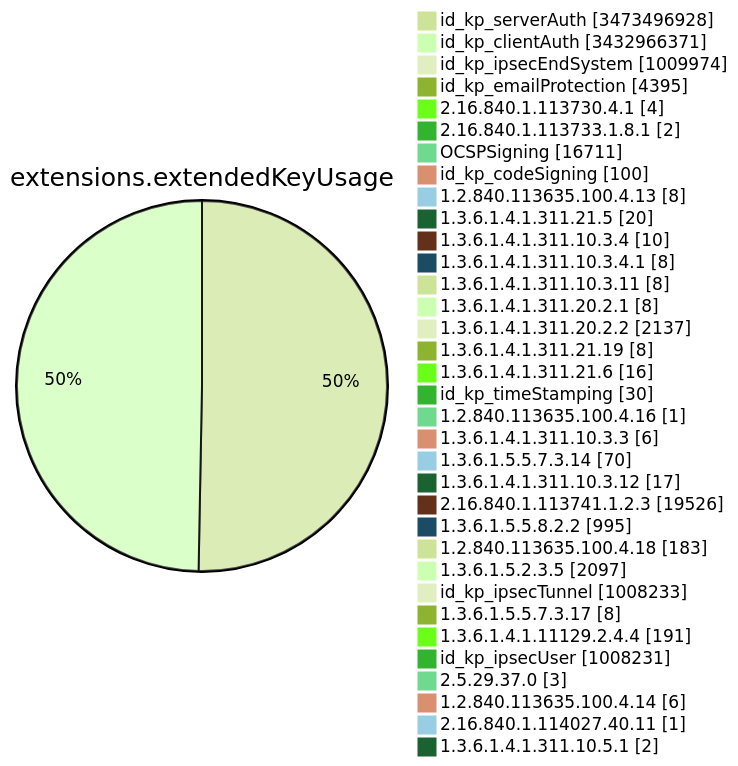
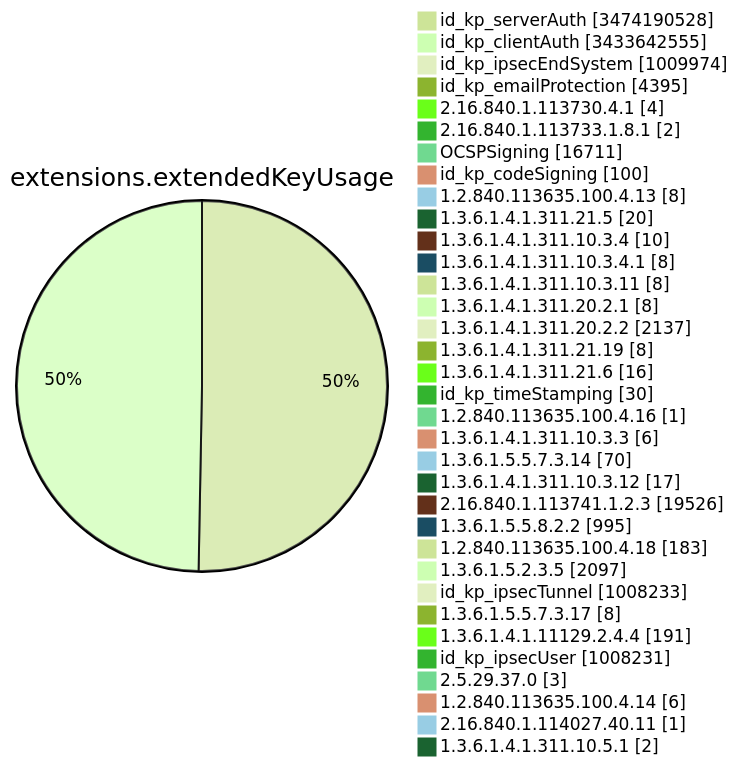
Before and after one commit to christiankrug/ctmonitor_visualization: diagram 11 of 15 in TOTAL/README.md, drawn with Mermaid (forest theme). The commit also changed other lines of this file, not shown here.

````diff
--- a/TOTAL/README.md
+++ b/TOTAL/README.md
@@ -4123,38 +4123,38 @@
 ```mermaid
 pie showData
 title extensions.extendedKeyUsage
-"id_kp_serverAuth" :3473496928
-"id_kp_clientAuth" :3432966371
+"id_kp_serverAuth" :3474190528
+"id_kp_clientAuth" :3433642555
 "id_kp_ipsecEndSystem" :1009974
 "id_kp_emailProtection" :4395
 "2.16.840.1.113730.4.1" :4
 "2.16.840.1.113733.1.8.1" :2
 "OCSPSigning" :16711
 "id_kp_codeSigning" :100
 "1.2.840.113635.100.4.13" :8
 "1.3.6.1.4.1.311.21.5" :20
 "1.3.6.1.4.1.311.10.3.4" :10
 "1.3.6.1.4.1.311.10.3.4.1" :8
 "1.3.6.1.4.1.311.10.3.11" :8
 "1.3.6.1.4.1.311.20.2.1" :8
 "1.3.6.1.4.1.311.20.2.2" :2137
 "1.3.6.1.4.1.311.21.19" :8
 "1.3.6.1.4.1.311.21.6" :16
 "id_kp_timeStamping" :30
 "1.2.840.113635.100.4.16" :1
 "1.3.6.1.4.1.311.10.3.3" :6
 "1.3.6.1.5.5.7.3.14" :70
 "1.3.6.1.4.1.311.10.3.12" :17
 "2.16.840.1.113741.1.2.3" :19526
 "1.3.6.1.5.5.8.2.2" :995
 "1.2.840.113635.100.4.18" :183
 "1.3.6.1.5.2.3.5" :2097
 "id_kp_ipsecTunnel" :1008233
 "1.3.6.1.5.5.7.3.17" :8
 "1.3.6.1.4.1.11129.2.4.4" :191
 "id_kp_ipsecUser" :1008231
 "2.5.29.37.0" :3
 "1.2.840.113635.100.4.14" :6
 "2.16.840.1.114027.40.11" :1
 "1.3.6.1.4.1.311.10.5.1" :2
 ```
````
